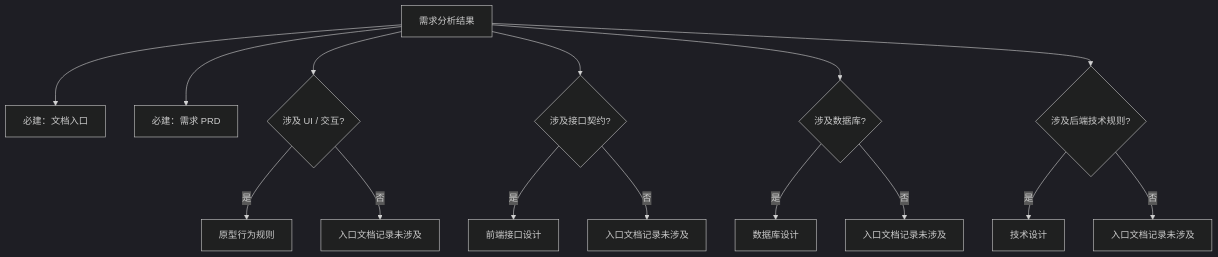
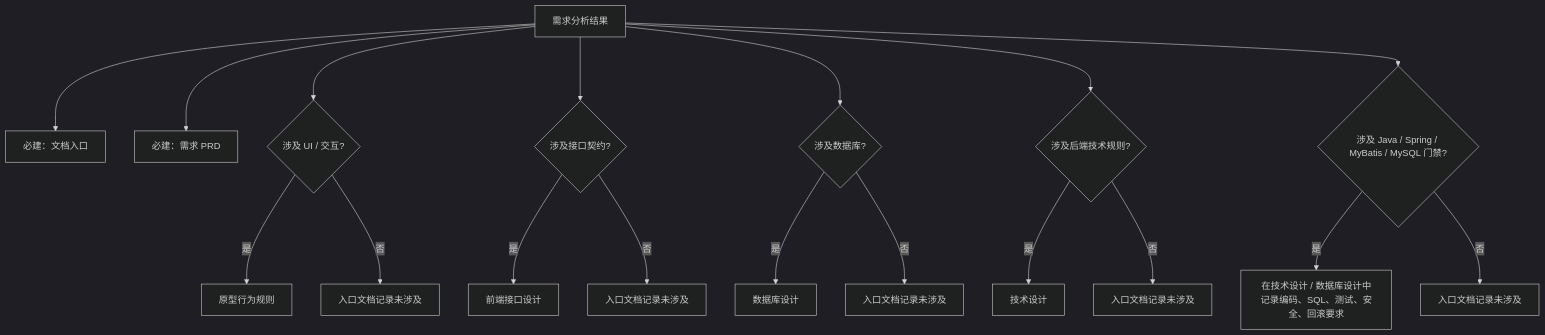
The third of 6 diagrams in 流程图.md (WealthyMan95/hades-openspec-java-workflow), drawn with Mermaid (dark theme) before and after one commit. The commit also changed other lines of this file and 50 other files, not shown here.

Commit message:
feat: absorb Java MySQL delivery guardrails

````diff
--- a/流程图.md
+++ b/流程图.md
@@ -30,17 +55,20 @@
 ```mermaid
 flowchart TD
   A["需求分析结果"] --> B["必建：文档入口"]
   A --> C["必建：需求 PRD"]
   A --> D{"涉及 UI / 交互?"}
   A --> E{"涉及接口契约?"}
   A --> F{"涉及数据库?"}
   A --> G{"涉及后端技术规则?"}
+  A --> H{"涉及 Java / Spring / MyBatis / MySQL 门禁?"}
   D -- "是" --> D1["原型行为规则"]
   D -- "否" --> D2["入口文档记录未涉及"]
   E -- "是" --> E1["前端接口设计"]
   E -- "否" --> E2["入口文档记录未涉及"]
   F -- "是" --> F1["数据库设计"]
   F -- "否" --> F2["入口文档记录未涉及"]
   G -- "是" --> G1["技术设计"]
   G -- "否" --> G2["入口文档记录未涉及"]
+  H -- "是" --> H1["在技术设计 / 数据库设计中记录编码、SQL、测试、安全、回滚要求"]
+  H -- "否" --> H2["入口文档记录未涉及"]
 ```
````
